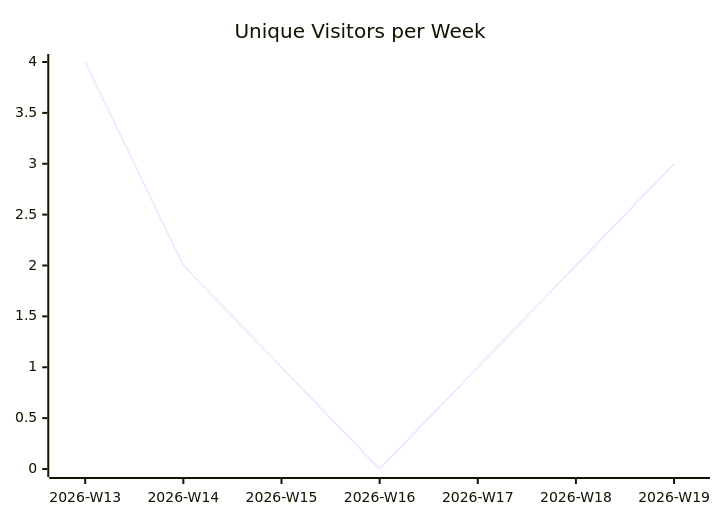
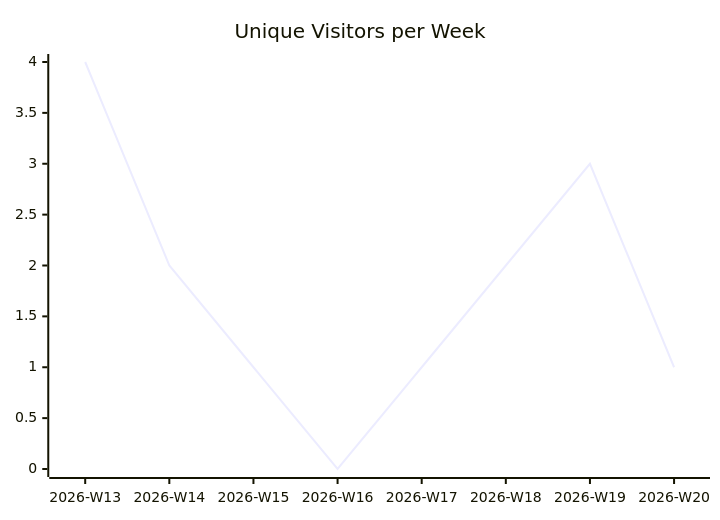
Before and after one commit to justdavis-family/github-analytics-data: the first of 3 diagrams in karlmdavis/xmlpull/README.md, drawn with Mermaid. The commit also changed other lines of this file and 176 other files, not shown here.

````diff
--- a/karlmdavis/xmlpull/README.md
+++ b/karlmdavis/xmlpull/README.md
@@ -5,6 +5,6 @@
 ```mermaid
 xychart-beta
   title "Unique Visitors per Week"
-  x-axis ["2026-W13", "2026-W14", "2026-W15", "2026-W16", "2026-W17", "2026-W18", "2026-W19"]
-  line [4, 2, 1, 0, 1, 2, 3]
+  x-axis ["2026-W13", "2026-W14", "2026-W15", "2026-W16", "2026-W17", "2026-W18", "2026-W19", "2026-W20"]
+  line [4, 2, 1, 0, 1, 2, 3, 1]
 ```
````
